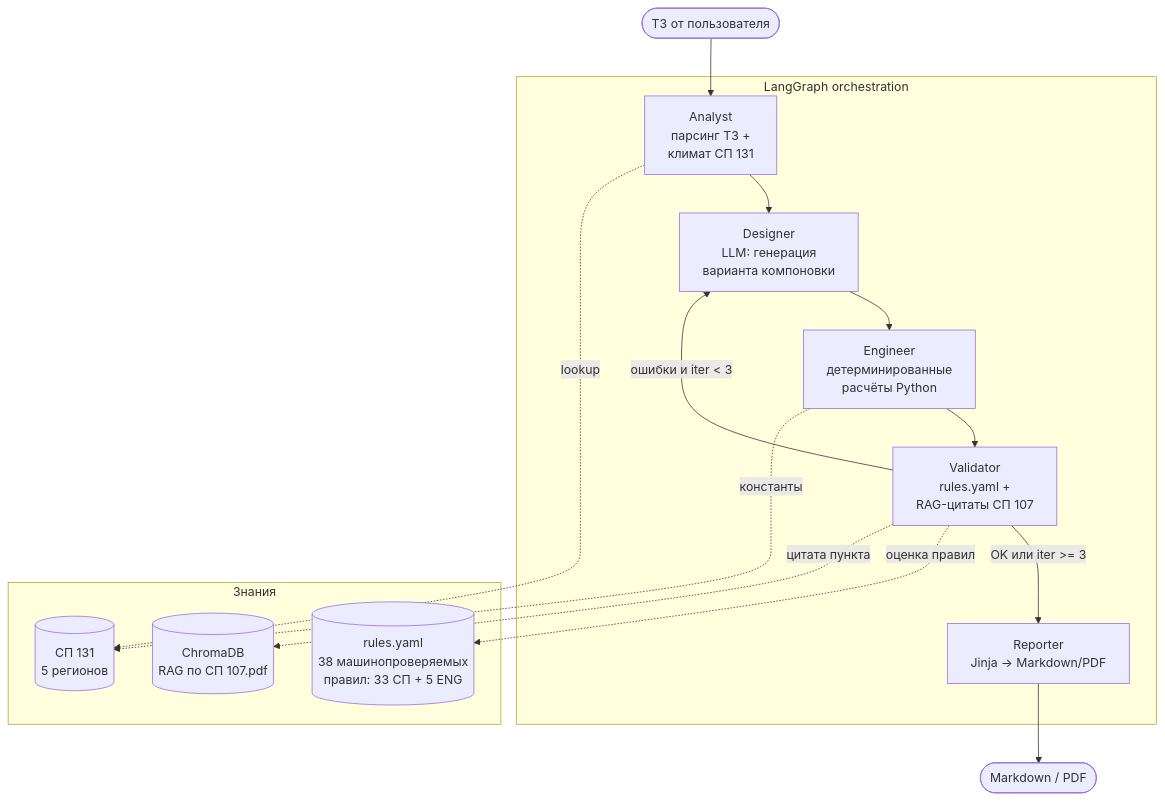
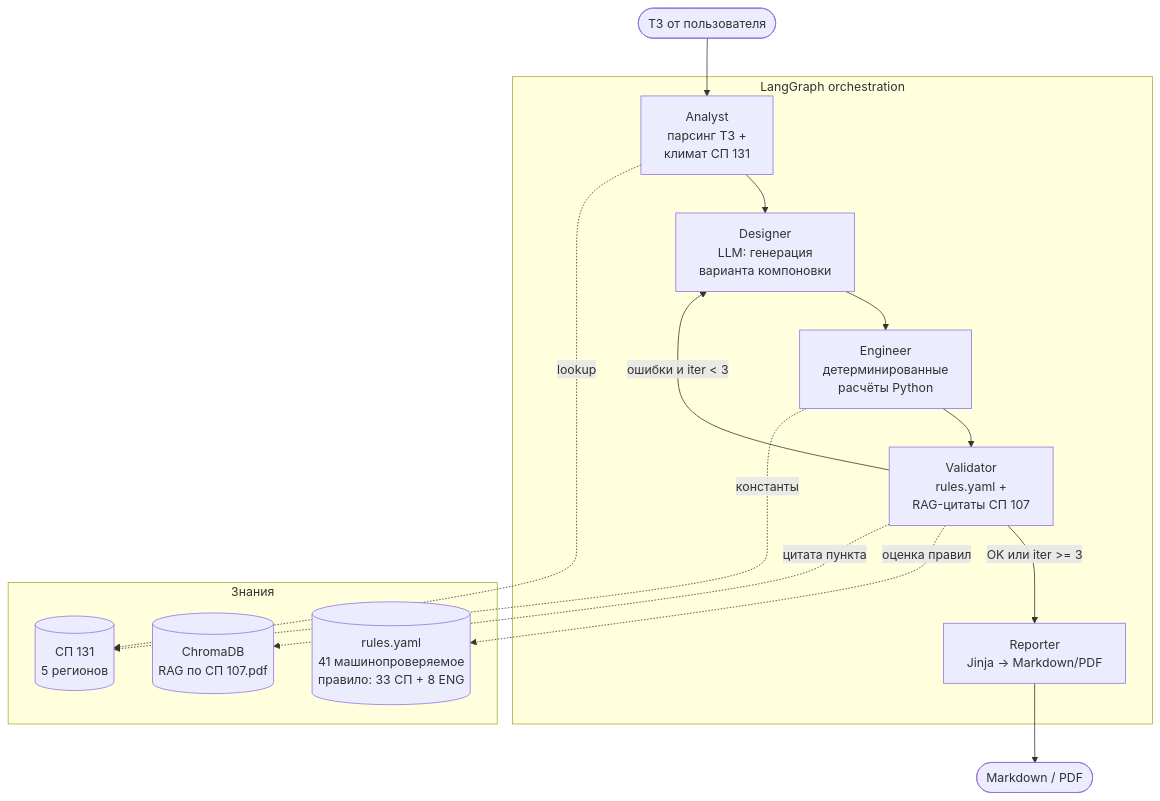
Before and after one commit to JukPelme/agro-greenhouse-designer: the diagram in README.md, drawn with Mermaid. The commit also changed other lines of this file and 25 other files, not shown here.

````diff
--- a/README.md
+++ b/README.md
@@ -36,31 +36,31 @@
 ```mermaid
 flowchart TD
     Brief([ТЗ от пользователя]) --> Analyst
 
     subgraph Graph[LangGraph orchestration]
         Analyst[Analyst<br/>парсинг ТЗ +<br/>климат СП 131]
         Designer[Designer<br/>LLM: генерация<br/>варианта компоновки]
         Engineer[Engineer<br/>детерминированные<br/>расчёты Python]
         Validator[Validator<br/>rules.yaml +<br/>RAG-цитаты СП 107]
         Reporter[Reporter<br/>Jinja → Markdown/PDF]
 
         Analyst --> Designer
         Designer --> Engineer
         Engineer --> Validator
         Validator -- ошибки и iter < 3 --> Designer
         Validator -- OK или iter >= 3 --> Reporter
     end
 
     subgraph Knowledge[Знания]
-        Rules[(rules.yaml<br/>38 машинопроверяемых<br/>правил: 33 СП + 5 ENG)]
+        Rules[(rules.yaml<br/>41 машинопроверяемое<br/>правило: 33 СП + 8 ENG)]
         Climate[(СП 131<br/>5 регионов)]
         SPIndex[(ChromaDB<br/>RAG по СП 107.pdf)]
     end
 
     Analyst -.->|lookup| Climate
     Engineer -.->|константы| Climate
     Validator -.->|оценка правил| Rules
     Validator -.->|цитата пункта| SPIndex
 
     Reporter --> Report([Markdown / PDF])
 ```
````
